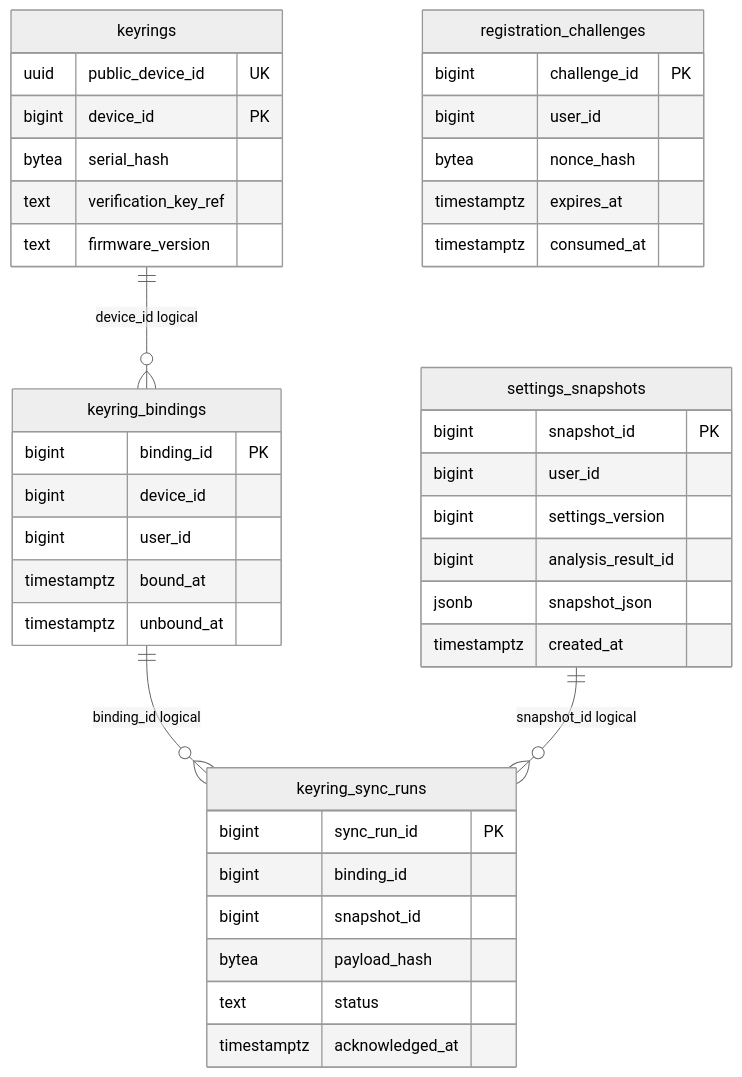
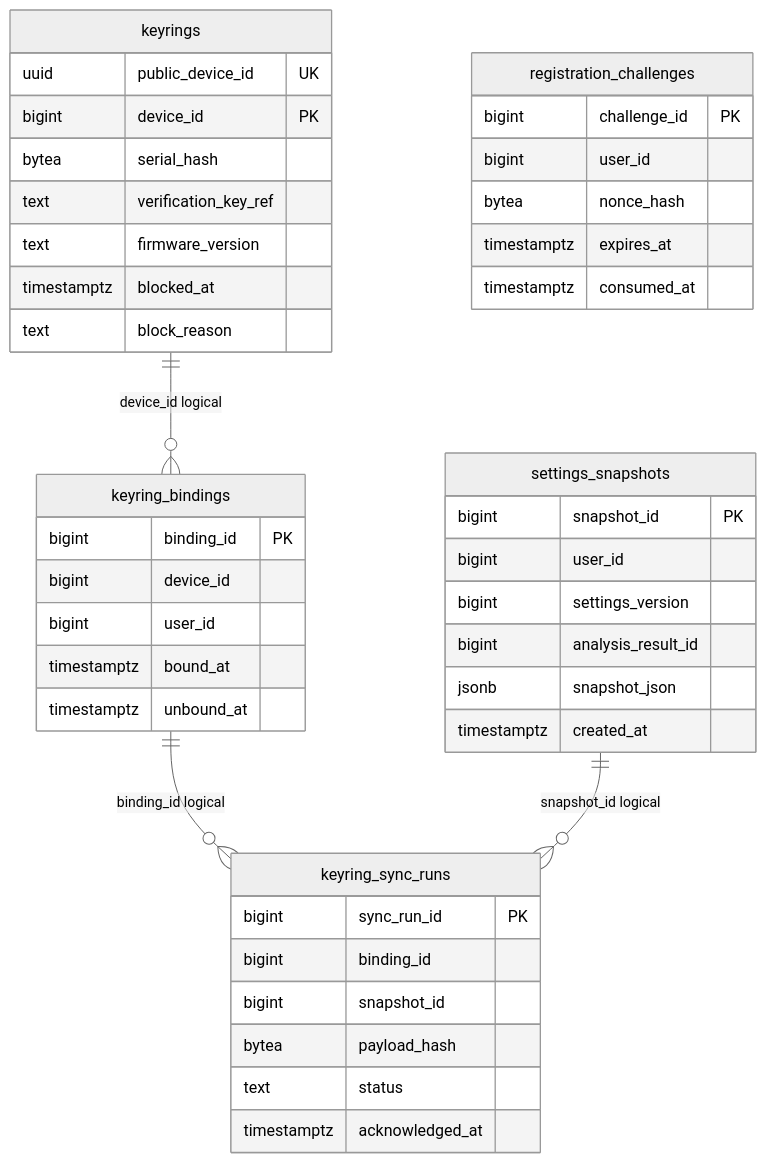
Before and after one commit to j-moo/Tingle: the diagram in docs/database/erd-2.mmd, drawn with Mermaid (neutral theme). The commit also changed 11 other files, not shown here.

Commit message:
docs: 저장소 ERD 문서를 ERDCloud 최신본(25개 테이블·185개 컬럼)에 동기화

```diff
--- a/docs/database/erd-2.mmd
+++ b/docs/database/erd-2.mmd
@@ -1,41 +1,43 @@
 erDiagram
     keyrings {
         uuid public_device_id UK
         bigint device_id PK
         bytea serial_hash
         text verification_key_ref
         text firmware_version
+        timestamptz blocked_at
+        text block_reason
     }
     keyring_bindings {
         bigint binding_id PK
         bigint device_id
         bigint user_id
         timestamptz bound_at
         timestamptz unbound_at
     }
     registration_challenges {
         bigint challenge_id PK
         bigint user_id
         bytea nonce_hash
         timestamptz expires_at
         timestamptz consumed_at
     }
     keyring_sync_runs {
         bigint sync_run_id PK
         bigint binding_id
         bigint snapshot_id
         bytea payload_hash
         text status
         timestamptz acknowledged_at
     }
     settings_snapshots {
         bigint snapshot_id PK
         bigint user_id
         bigint settings_version
         bigint analysis_result_id
         jsonb snapshot_json
         timestamptz created_at
     }
     keyrings ||--o{ keyring_bindings : "device_id logical"
     keyring_bindings ||--o{ keyring_sync_runs : "binding_id logical"
     settings_snapshots ||--o{ keyring_sync_runs : "snapshot_id logical"
```
